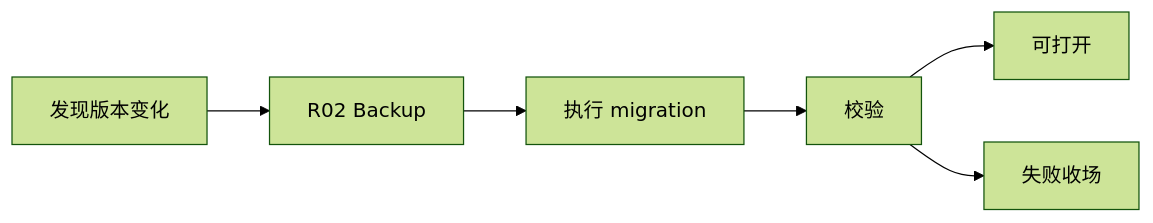
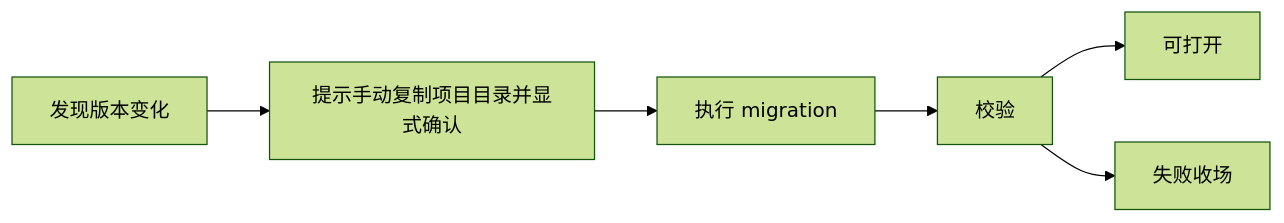
Before and after one commit to jinhuang712/open-novel: the diagram in spec/platform/R03-migration-and-upgrade.md, drawn with Mermaid (forest theme). The commit also changed other lines of this file and 38 other files, not shown here.

````diff
--- a/spec/platform/R03-migration-and-upgrade.md
+++ b/spec/platform/R03-migration-and-upgrade.md
@@ -30,8 +29,8 @@
 ```mermaid
 flowchart LR
-  Version[发现版本变化] --> Backup[R02 Backup]
-  Backup --> Migrate[执行 migration]
+  Version[发现版本变化] --> Confirm[提示手动复制项目目录并显式确认]
+  Confirm --> Migrate[执行 migration]
   Migrate --> Verify[校验]
   Verify --> Ready[可打开]
   Verify --> Failed[失败收场]
 ```
````
